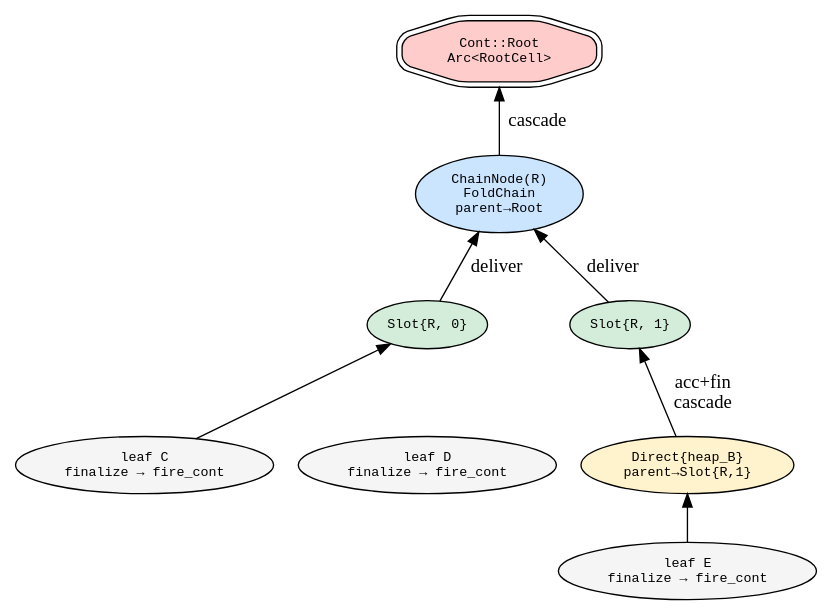
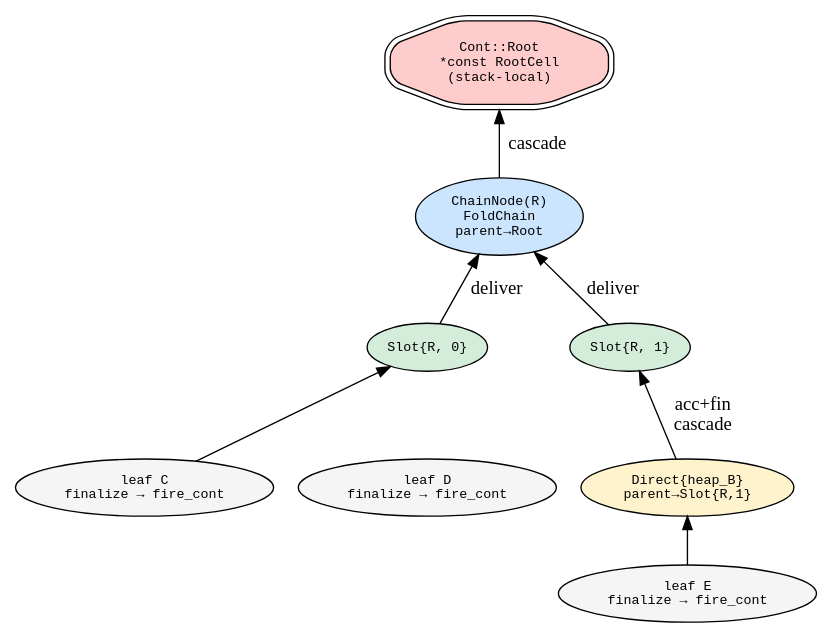
One commit to hylic-recursion/hylic-docs changed the first of 2 diagrams in book/src/funnel/continuations.md. Above: the diagram before and after it, drawn with Graphviz. The commit also changed other lines of this file and 15 other files, not shown here.

````diff
--- a/book/src/funnel/continuations.md
+++ b/book/src/funnel/continuations.md
@@ -75,22 +80,22 @@
 ```dot process
 digraph {
   rankdir=BT;
   node [fontname="monospace", fontsize=10, style="rounded,filled"];
-  root [label="Cont::Root\nArc<RootCell>", fillcolor="#ffcccc", shape=doubleoctagon];
+  root [label="Cont::Root\n*const RootCell\n(stack-local)", fillcolor="#ffcccc", shape=doubleoctagon];
   chainR [label="ChainNode(R)\nFoldChain\nparent→Root", fillcolor="#cce5ff"];
   slotR0 [label="Slot{R, 0}", fillcolor="#d4edda"];
   slotR1 [label="Slot{R, 1}", fillcolor="#d4edda"];
   directB [label="Direct{heap_B}\nparent→Slot{R,1}", fillcolor="#fff3cd"];
   leafC [label="leaf C\nfinalize → fire_cont", fillcolor="#f5f5f5"];
   leafD [label="leaf D\nfinalize → fire_cont", fillcolor="#f5f5f5"];
   leafE [label="leaf E\nfinalize → fire_cont", fillcolor="#f5f5f5"];
 
   slotR0 -> chainR [label="deliver"];
   slotR1 -> chainR [label="deliver"];
   chainR -> root [label="cascade"];
   directB -> slotR1 [label="acc+fin\ncascade"];
   leafC -> slotR0;
   leafD -> slotR0 [style=invis];
   leafE -> directB;
 }
 ```
````
